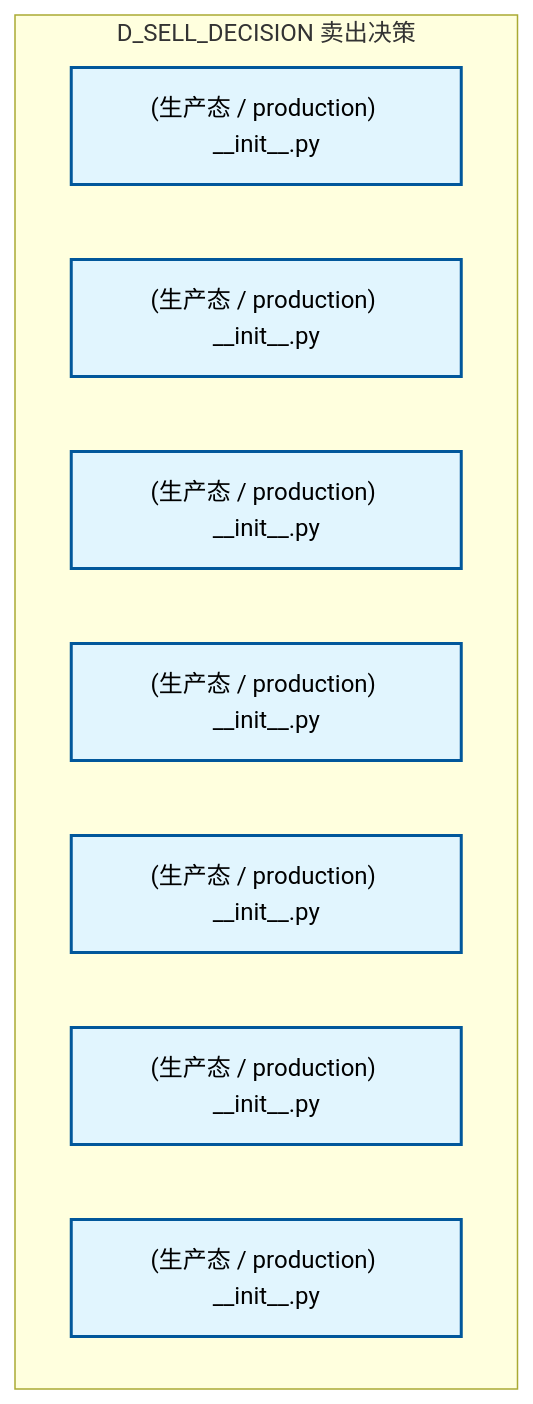
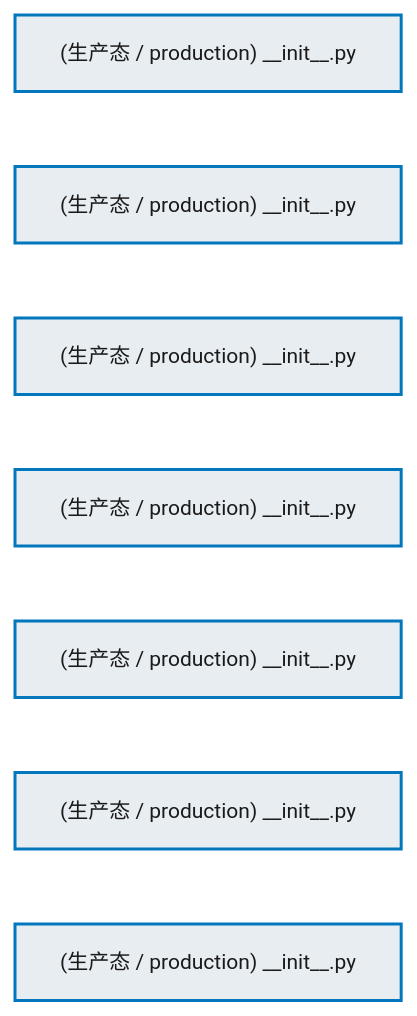
The first of 3 diagrams in docs/02_enterprise_architecture/02_domain_architecture_docs/67_d_sell_decision.md (xuanFelixVan/ZephyrAlpha), drawn with Mermaid before and after one commit. The commit also changed other lines of this file and 76 other files, not shown here.

````diff
--- a/docs/02_enterprise_architecture/02_domain_architecture_docs/67_d_sell_decision.md
+++ b/docs/02_enterprise_architecture/02_domain_architecture_docs/67_d_sell_decision.md
@@ -67,17 +67,22 @@
 ```mermaid
-graph TD
-    subgraph D_SELL_DECISION["D_SELL_DECISION 卖出决策"]
-        src_zephyr_sell_decision_init_py["(生产态 / production) __init__.py"]
-        src_zephyr_sell_decision_extensions_init_py["(生产态 / production) __init__.py"]
-        src_zephyr_sell_decision_api_init_py["(生产态 / production) __init__.py"]
-        src_zephyr_sell_decision_core_init_py["(生产态 / production) __init__.py"]
-        src_zephyr_sell_decision_infrastructure_init_py["(生产态 / production) __init__.py"]
-        src_zephyr_sell_decision_models_init_py["(生产态 / production) __init__.py"]
-        src_zephyr_sell_decision_services_init_py["(生产态 / production) __init__.py"]
-    end
-    classDef production fill:#e1f5fe,stroke:#01579b,stroke-width:2px,color:#000
-    classDef design fill:#fff3e0,stroke:#e65100,stroke-width:2px,color:#000,stroke-dasharray: 5 5
-    classDef external_prod fill:#e8f5e9,stroke:#1b5e20,stroke-width:1px,color:#000
-    classDef external_design fill:#fce4ec,stroke:#880e4f,stroke-width:1px,color:#000,stroke-dasharray: 5 5
+%%{init: {'theme': 'base', 'themeVariables': {'primaryColor': '#eaeaea', 'primaryTextColor': '#333333', 'primaryBorderColor': '#666666', 'lineColor': '#666666', 'secondaryColor': '#eaeaea', 'tertiaryColor': '#eaeaea', 'fontSize': '14px'}}}%%
+flowchart TD
+    src_zephyr_sell_decision_init_py["(生产态 / production) __init__.py"]
+    src_zephyr_sell_decision_extensions_init_py["(生产态 / production) __init__.py"]
+    src_zephyr_sell_decision_api_init_py["(生产态 / production) __init__.py"]
+    src_zephyr_sell_decision_core_init_py["(生产态 / production) __init__.py"]
+    src_zephyr_sell_decision_infrastructure_init_py["(生产态 / production) __init__.py"]
+    src_zephyr_sell_decision_models_init_py["(生产态 / production) __init__.py"]
+    src_zephyr_sell_decision_services_init_py["(生产态 / production) __init__.py"]
+    src_zephyr_sell_decision_init_py ~~~ src_zephyr_sell_decision_extensions_init_py
+    src_zephyr_sell_decision_extensions_init_py ~~~ src_zephyr_sell_decision_api_init_py
+    src_zephyr_sell_decision_api_init_py ~~~ src_zephyr_sell_decision_core_init_py
+    src_zephyr_sell_decision_core_init_py ~~~ src_zephyr_sell_decision_infrastructure_init_py
+    src_zephyr_sell_decision_infrastructure_init_py ~~~ src_zephyr_sell_decision_models_init_py
+    src_zephyr_sell_decision_models_init_py ~~~ src_zephyr_sell_decision_services_init_py
+    classDef production fill:#e8edf2,stroke:#0277bd,stroke-width:2px,color:#1a1a1a
+    classDef design fill:#f0ebe3,stroke:#bf360c,stroke-width:2px,color:#1a1a1a,stroke-dasharray: 5 5
+    classDef external_prod fill:#e8efe9,stroke:#1b5e20,stroke-width:1px,color:#1a1a1a
+    classDef external_design fill:#efe5ea,stroke:#880e4f,stroke-width:1px,color:#1a1a1a,stroke-dasharray: 5 5
     class src_zephyr_sell_decision_init_py,src_zephyr_sell_decision_extensions_init_py,src_zephyr_sell_decision_api_init_py,src_zephyr_sell_decision_core_init_py,src_zephyr_sell_decision_infrastructure_init_py,src_zephyr_sell_decision_models_init_py,src_zephyr_sell_decision_services_init_py production
 ```
````
